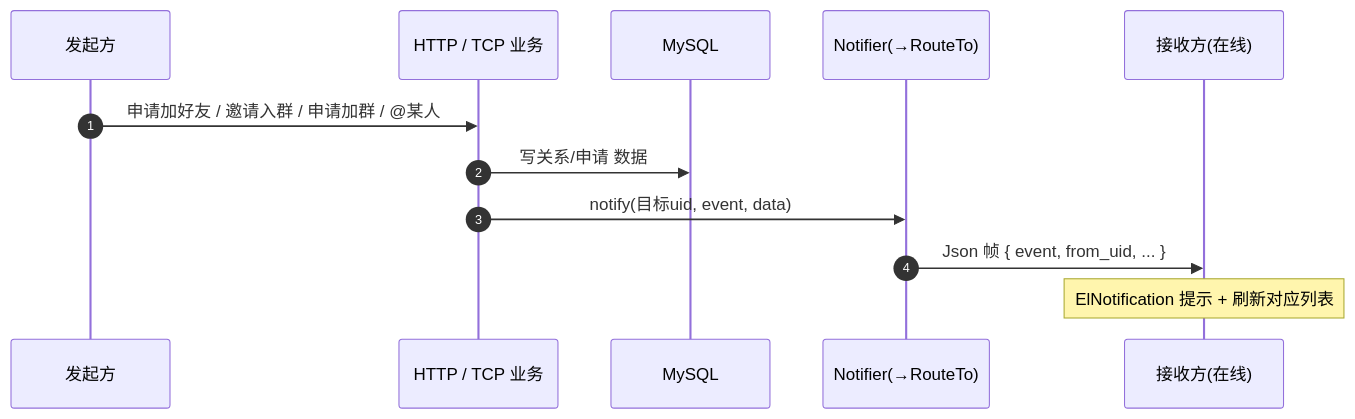
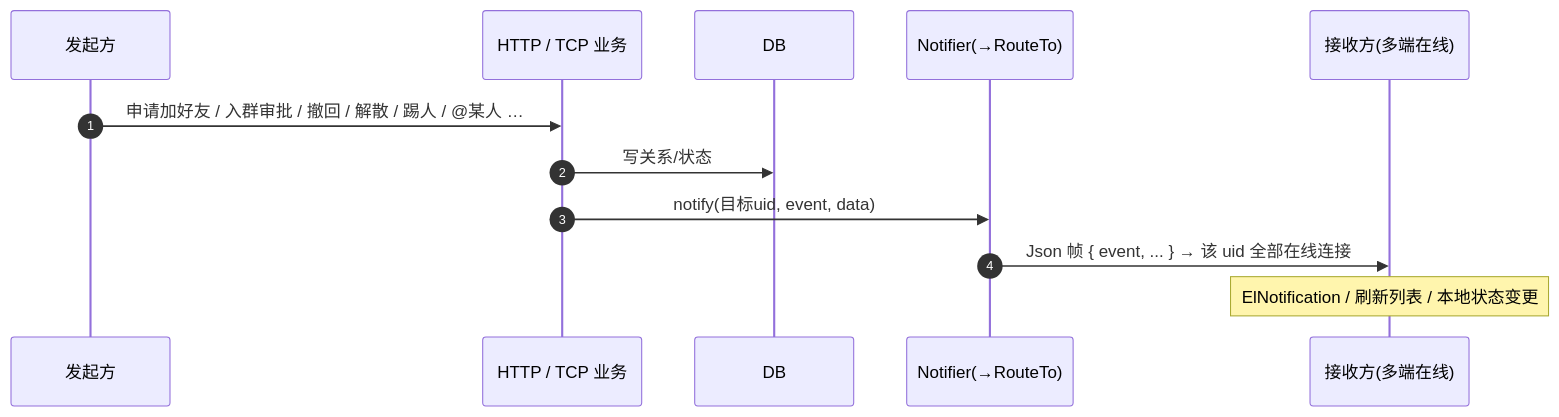
The fourth of 6 diagrams in README.md (23jdd/IM), drawn with Mermaid before and after one commit. The commit also changed other lines of this file and 1 other file, not shown here.

````diff
--- a/README.md
+++ b/README.md
@@ -154,15 +174,15 @@
 ```mermaid
 sequenceDiagram
     autonumber
     participant A as 发起方
     participant H as HTTP / TCP 业务
-    participant DB as MySQL
+    participant DB as DB
     participant N as Notifier(→RouteTo)
-    participant Bc as 接收方(在线)
+    participant Bc as 接收方(多端在线)
 
-    A->>H: 申请加好友 / 邀请入群 / 申请加群 / @某人
-    H->>DB: 写关系/申请 数据
+    A->>H: 申请加好友 / 入群审批 / 撤回 / 解散 / 踢人 / @某人 …
+    H->>DB: 写关系/状态
     H->>N: notify(目标uid, event, data)
-    N->>Bc: Json 帧 { event, from_uid, ... }
-    Note over Bc: ElNotification 提示 + 刷新对应列表
+    N->>Bc: Json 帧 { event, ... } → 该 uid 全部在线连接
+    Note over Bc: ElNotification / 刷新列表 / 本地状态变更
 ```
````
